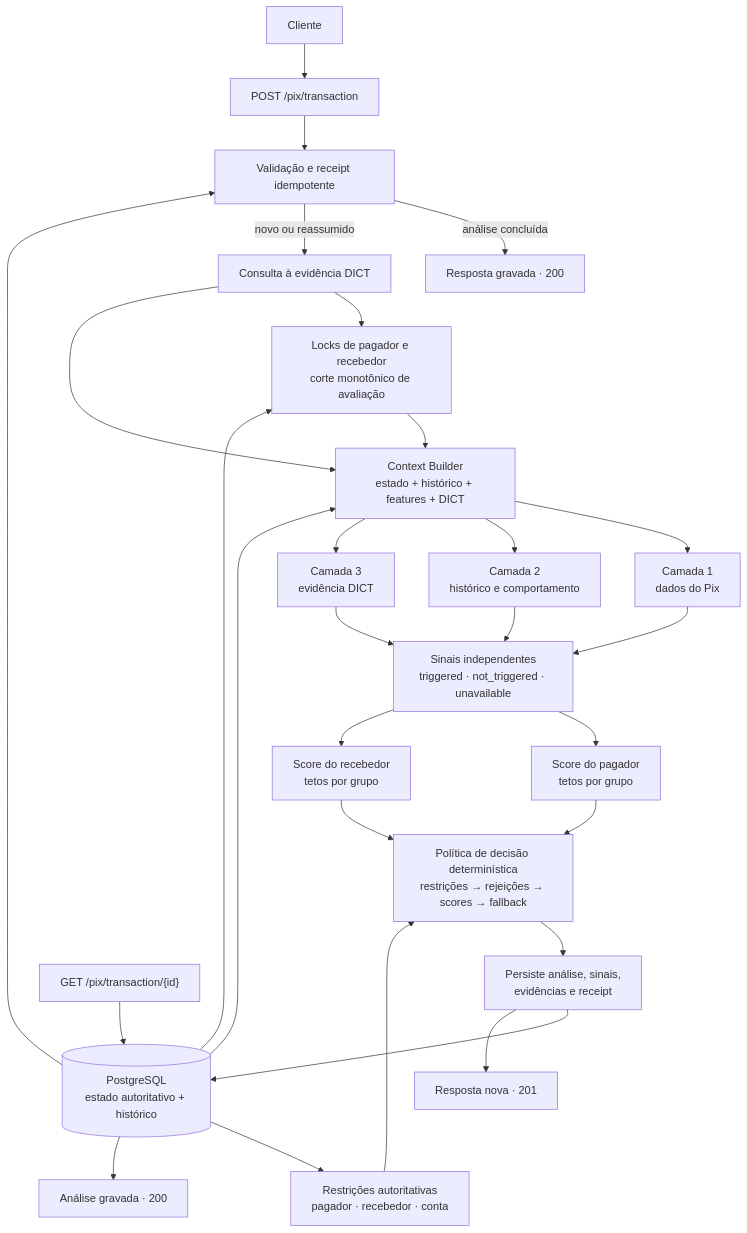
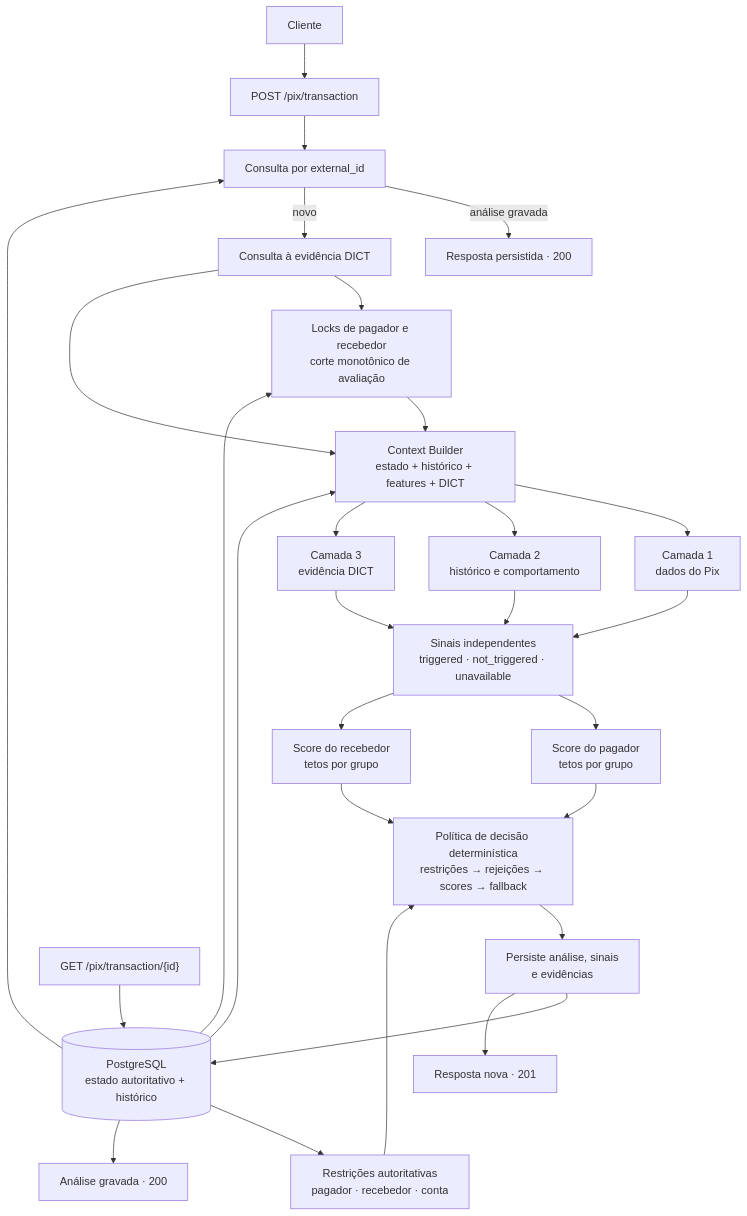
Before and after one commit to Rafael-Lombardi/Hackathon-QITech: the first of 2 diagrams in docs/README-interno.md, drawn with Mermaid. The commit also changed other lines of this file and 30 other files, not shown here.

````diff
--- a/docs/README-interno.md
+++ b/docs/README-interno.md
@@ -21,34 +21,34 @@
 ```mermaid
 flowchart TD
     client[Cliente] --> post[POST /pix/transaction]
-    post --> receipt[Validação e receipt idempotente]
-    receipt -->|análise concluída| replay[Resposta gravada · 200]
-    receipt -->|novo ou reassumido| dict[Consulta à evidência DICT]
+    post --> idem[Consulta por external_id]
+    idem -->|análise gravada| replay[Resposta persistida · 200]
+    idem -->|novo| dict[Consulta à evidência DICT]
     dict --> locks[Locks de pagador e recebedor<br/>corte monotônico de avaliação]
 
-    db[(PostgreSQL<br/>estado autoritativo + histórico)] --> receipt
+    db[(PostgreSQL<br/>estado autoritativo + histórico)] --> idem
     db --> locks
     db --> context[Context Builder<br/>estado + histórico + features + DICT]
     dict --> context
     locks --> context
 
     context --> layer1[Camada 1<br/>dados do Pix]
     context --> layer2[Camada 2<br/>histórico e comportamento]
     context --> layer3[Camada 3<br/>evidência DICT]
     layer1 --> signals[Sinais independentes<br/>triggered · not_triggered · unavailable]
     layer2 --> signals
     layer3 --> signals
 
     signals --> payer[Score do pagador<br/>tetos por grupo]
     signals --> recipient[Score do recebedor<br/>tetos por grupo]
     payer --> policy[Política de decisão determinística<br/>restrições → rejeições → scores → fallback]
     recipient --> policy
     db --> restrictions[Restrições autoritativas<br/>pagador · recebedor · conta]
     restrictions --> policy
-    policy --> persist[Persiste análise, sinais,<br/>evidências e receipt]
+    policy --> persist[Persiste análise, sinais<br/>e evidências]
     persist --> db
     persist --> created[Resposta nova · 201]
 
     get["GET /pix/transaction/{id}"] --> db
     db --> consulted[Análise gravada · 200]
 ```
````
